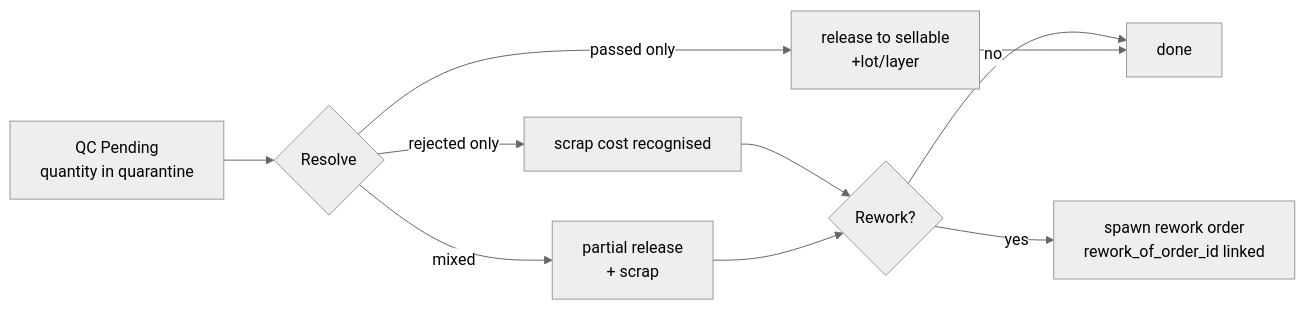
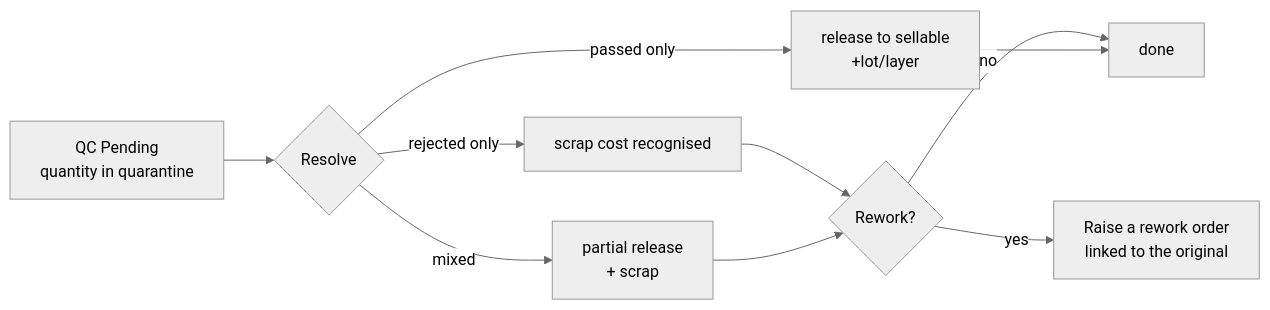
The second of 2 diagrams in docs/manual/docs/operations/manufacturing.md (quilit-dev/quilit-erp), drawn with Mermaid (neutral theme) before and after one commit. The commit also changed other lines of this file and 58 other files, not shown here.

````diff
--- a/docs/manual/docs/operations/manufacturing.md
+++ b/docs/manual/docs/operations/manufacturing.md
@@ -222,12 +222,12 @@
 ```mermaid
 flowchart LR
     PENDING[QC Pending<br/>quantity in quarantine] --> RES{Resolve}
     RES -->|passed only| PASS[release to sellable<br/>+lot/layer]
     RES -->|rejected only| REJ[scrap cost recognised]
     RES -->|mixed| MIX[partial release<br/>+ scrap]
     REJ --> RW{Rework?}
-    RW -->|yes| NEWMO[spawn rework order<br/>rework_of_order_id linked]
+    RW -->|yes| NEWMO[Raise a rework order<br/>linked to the original]
     RW -->|no| DONE[done]
     PASS --> DONE
     MIX --> RW
 ```
````
